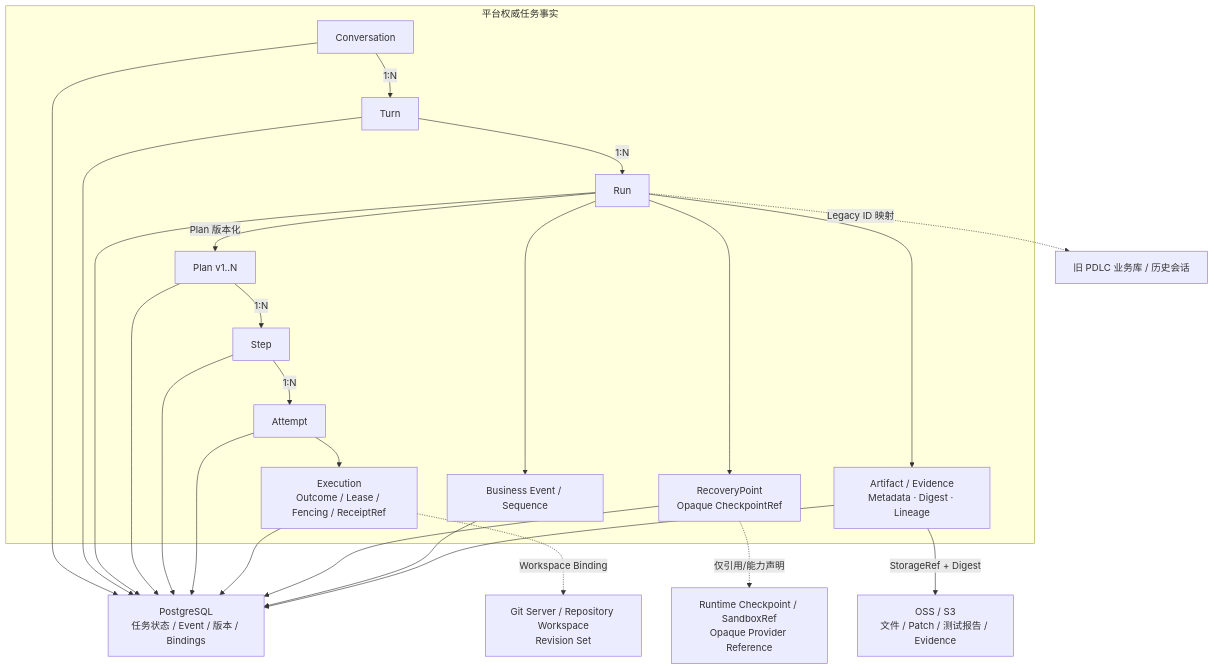
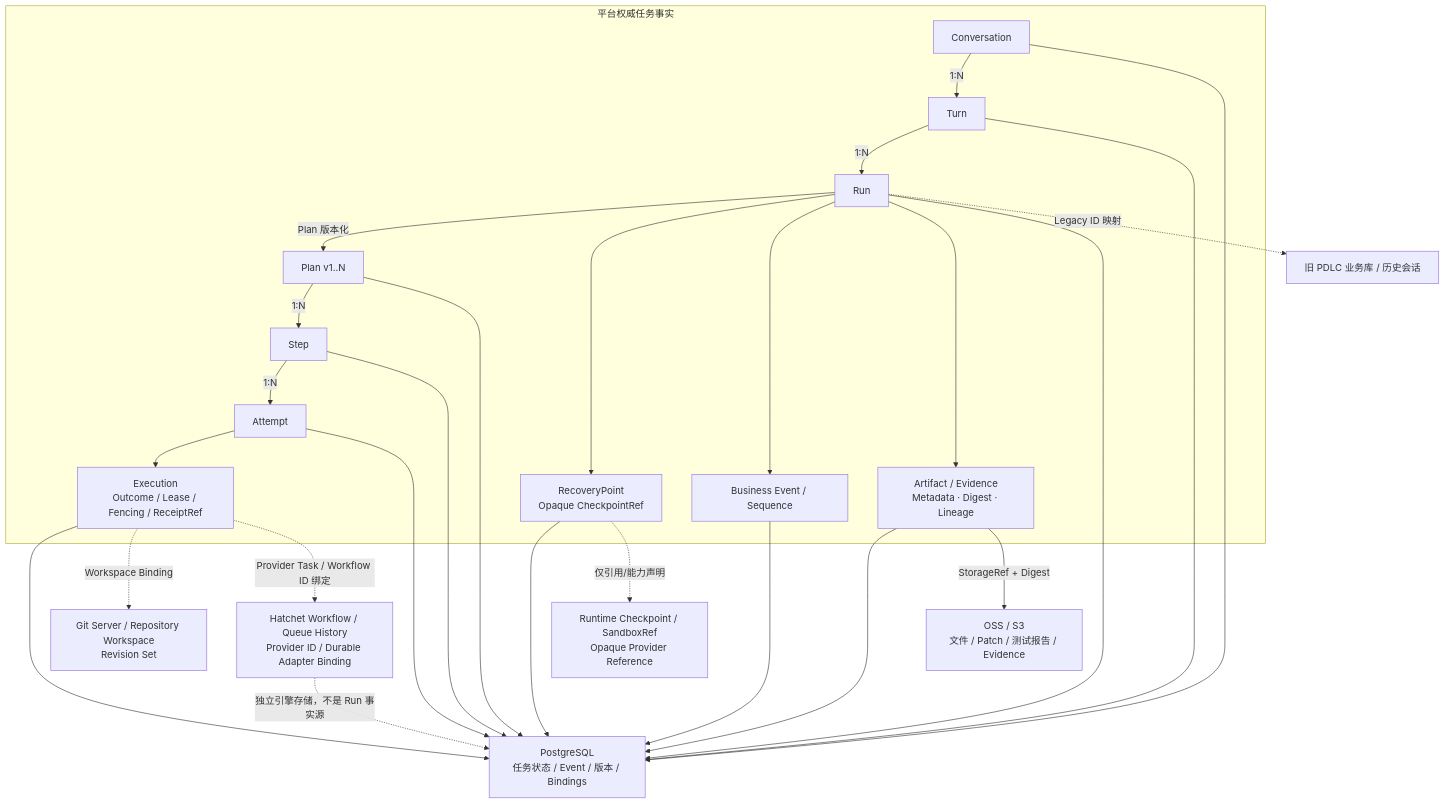
One commit to Bulls1986/Agent-Harness-Platform changed the seventh of 11 diagrams in README.md. Above: the diagram before and after it, drawn with Mermaid. The commit also changed other lines of this file, not shown here.

Commit message:
docs(architecture): align README nine views and durable design to Hatchet; exclude DBOS

````diff
--- a/README.md
+++ b/README.md
@@ -348,24 +354,27 @@
 ```mermaid
 flowchart TB
   subgraph DOMAIN["平台权威任务事实"]
     C["Conversation"] -->|"1:N"| T["Turn"]
     T -->|"1:N"| R["Run"]
     R -->|"Plan 版本化"| P["Plan v1..N"]
     P -->|"1:N"| S["Step"]
     S -->|"1:N"| A["Attempt"]
     A --> E["Execution\nOutcome / Lease / Fencing / ReceiptRef"]
     R --> RP["RecoveryPoint\nOpaque CheckpointRef"]
     R --> EV["Business Event / Sequence"]
     R --> AR["Artifact / Evidence\nMetadata · Digest · Lineage"]
   end
   PG["PostgreSQL\n任务状态 / Event / 版本 / Bindings"]
   OSS["OSS / S3\n文件 / Patch / 测试报告 / Evidence"]
   GIT["Git Server / Repository Workspace\nRevision Set"]
   EXT["旧 PDLC 业务库 / 历史会话"]
   NATIVE["Runtime Checkpoint / SandboxRef\nOpaque Provider Reference"]
+  HP["Hatchet Workflow / Queue History\nProvider ID / Durable Adapter Binding"]
   C & T & R & P & S & A & E & RP & EV & AR --> PG
   AR -->|"StorageRef + Digest"| OSS
   E -. "Workspace Binding" .-> GIT
   R -. "Legacy ID 映射" .-> EXT
   RP -. "仅引用/能力声明" .-> NATIVE
+  E -. "Provider Task / Workflow ID 绑定" .-> HP
+  HP -. "独立引擎存储，不是 Run 事实源" .-> PG
 ```
````
